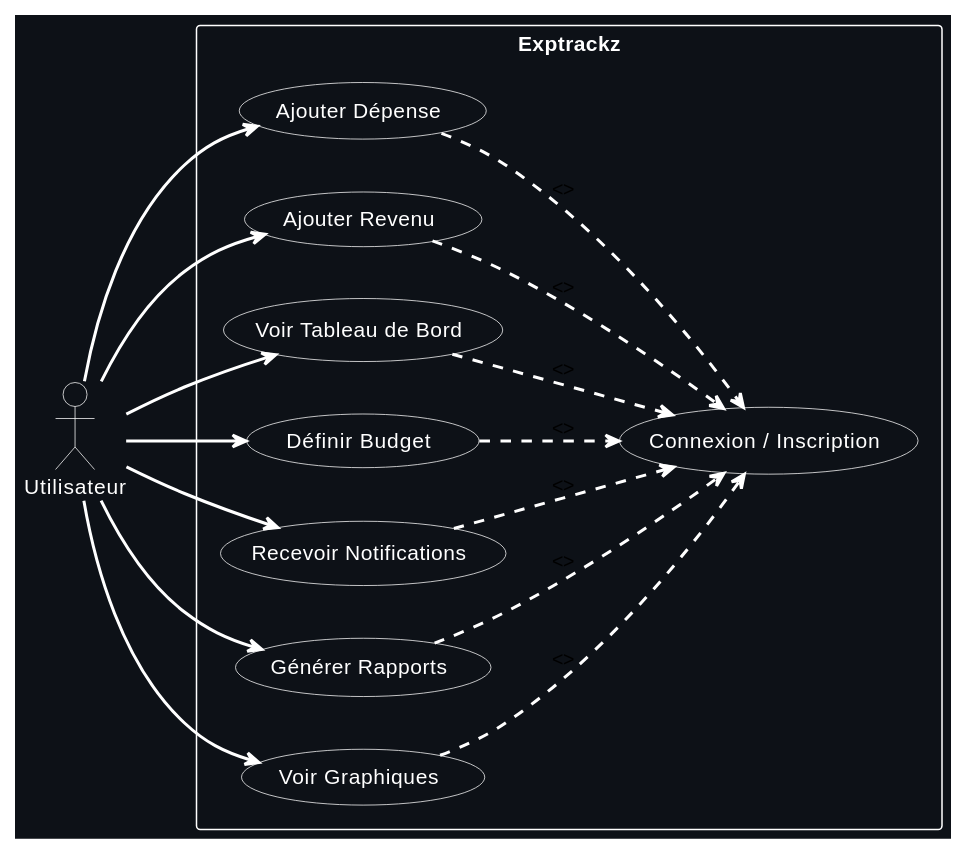
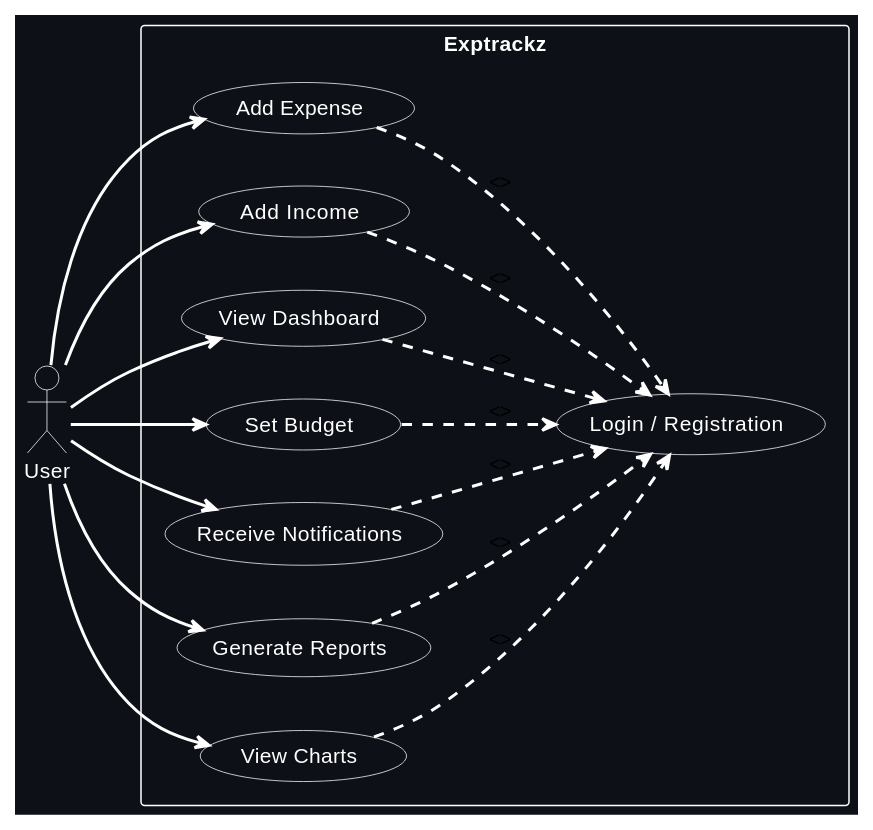
One commit to AzizMejbri/exptrack changed the first of 3 diagrams in report.md. Above: the diagram before and after it, drawn with PlantUML.

Commit message:
fixing plant uml use case diagram rendering issues on github

````diff
--- a/report.md
+++ b/report.md
@@ -110,64 +110,62 @@
 ```plantuml
 
 @startuml
 left to right direction
 
 
 skinparam backgroundColor #0d1117
 skinparam defaultTextColor white
 skinparam shadowing false
 skinparam ArrowColor white
 skinparam ArrowThickness 2
 skinparam LineThickness 1
 
 skinparam Actor {
   BackgroundColor #0d1117
   BorderColor white
   FontColor white
 }
 
 skinparam UseCase {
   BackgroundColor #0d1117
   BorderColor white
   FontColor white
 }
 
 skinparam Rectangle {
   BackgroundColor #0d1117
   BorderColor white
   FontColor white
 }
-actor Utilisateur 
+actor User 
 
 rectangle Exptrackz {
-  (Connexion / Inscription) as Login
-  (Ajouter Dépense)
-  (Ajouter Revenu)
-  (Voir Tableau de Bord)
-  (Définir Budget)
-  (Recevoir Notifications)
-  (Générer Rapports)
-  (Voir Graphiques)
+  (Login / Registration) as Login
+  (Add Expense)
+  (Add Income)
+  (View Dashboard)
+  (Set Budget)
+  (Receive Notifications)
+  (Generate Reports)
+  (View Charts)
 }
 
-Utilisateur --> (Ajouter Dépense)
-Utilisateur --> (Ajouter Revenu)
-Utilisateur --> (Voir Tableau de Bord)
-Utilisateur --> (Définir Budget)
-Utilisateur --> (Recevoir Notifications)
-Utilisateur --> (Générer Rapports)
-Utilisateur --> (Voir Graphiques)
+User --> (Add Expense)          
+User --> (Add Income)           
+User --> (View Dashboard)           
+User --> (Set Budget)               
+User --> (Receive Notifications)
+User --> (Generate Reports)         
+User --> (View Charts)                  
 
-
-
-(Ajouter Dépense)        ..> (Login): <>
-(Ajouter Revenu)         ..> (Login): <>
-(Voir Tableau de Bord)   ..> (Login): <>
-(Définir Budget)         ..> (Login): <>
-(Recevoir Notifications) ..> (Login): <>
-(Générer Rapports)       ..> (Login): <>
-(Voir Graphiques)        ..> (Login): <>
+(Add Expense)           ..> (Login): <>
+(Add Income)            ..> (Login): <>
+(View Dashboard)        ..> (Login): <> 
+(Set Budget)            ..> (Login): <> 
+(Receive Notifications) ..> (Login): <>
+(Generate Reports)      ..> (Login): <> 
+(View Charts)           ..> (Login): <> 
 
 
 @enduml
 ```
````
